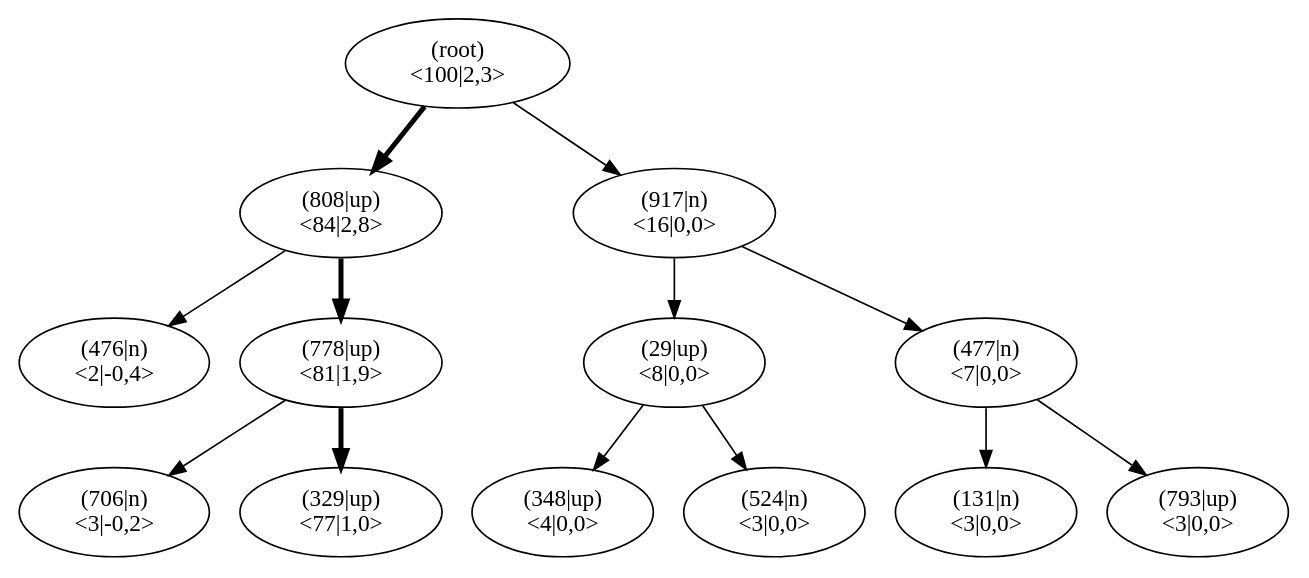
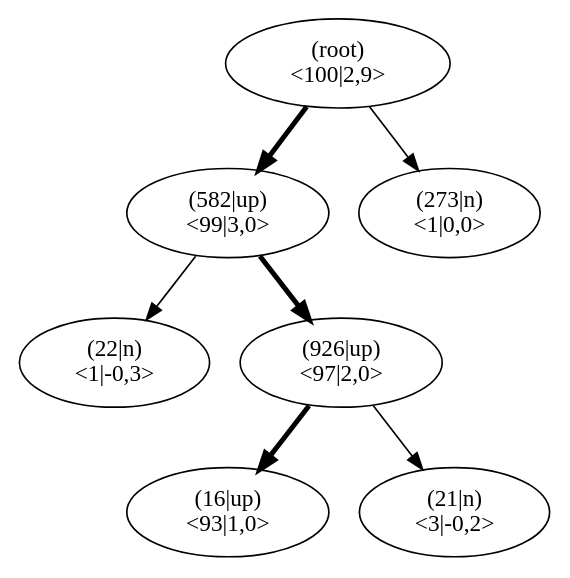
One commit to JonasHellgren/relexp-java changed the diagram in pictures/ch13/jumper_test_mcts.dot. Above: the diagram before and after it, drawn with Graphviz. The commit also changed 24 other files, not shown here.

```diff
--- a/pictures/ch13/jumper_test_mcts.dot
+++ b/pictures/ch13/jumper_test_mcts.dot
@@ -1,41 +1,23 @@
 digraph MCTS {
 node [shape=ellipse];
 Nroot [label="(root)
-<100|2,3>"];
-Nroot -> N808[penwidth=3];
-N808 [label="(808|up)
-<84|2,8>"];
-N808 -> N476[penwidth=1];
-N476 [label="(476|n)
-<2|-0,4>"];
-N808 -> N778[penwidth=3];
-N778 [label="(778|up)
-<81|1,9>"];
-N778 -> N706[penwidth=1];
-N706 [label="(706|n)
+<100|2,9>"];
+Nroot -> N582[penwidth=3];
+N582 [label="(582|up)
+<99|3,0>"];
+N582 -> N22[penwidth=1];
+N22 [label="(22|n)
+<1|-0,3>"];
+N582 -> N926[penwidth=3];
+N926 [label="(926|up)
+<97|2,0>"];
+N926 -> N16[penwidth=3];
+N16 [label="(16|up)
+<93|1,0>"];
+N926 -> N21[penwidth=1];
+N21 [label="(21|n)
 <3|-0,2>"];
-N778 -> N329[penwidth=3];
-N329 [label="(329|up)
-<77|1,0>"];
-Nroot -> N917[penwidth=1];
-N917 [label="(917|n)
-<16|0,0>"];
-N917 -> N29[penwidth=1];
-N29 [label="(29|up)
-<8|0,0>"];
-N29 -> N348[penwidth=1];
-N348 [label="(348|up)
-<4|0,0>"];
-N29 -> N524[penwidth=1];
-N524 [label="(524|n)
-<3|0,0>"];
-N917 -> N477[penwidth=1];
-N477 [label="(477|n)
-<7|0,0>"];
-N477 -> N131[penwidth=1];
-N131 [label="(131|n)
-<3|0,0>"];
-N477 -> N793[penwidth=1];
-N793 [label="(793|up)
-<3|0,0>"];
+Nroot -> N273[penwidth=1];
+N273 [label="(273|n)
+<1|0,0>"];
 }
```
